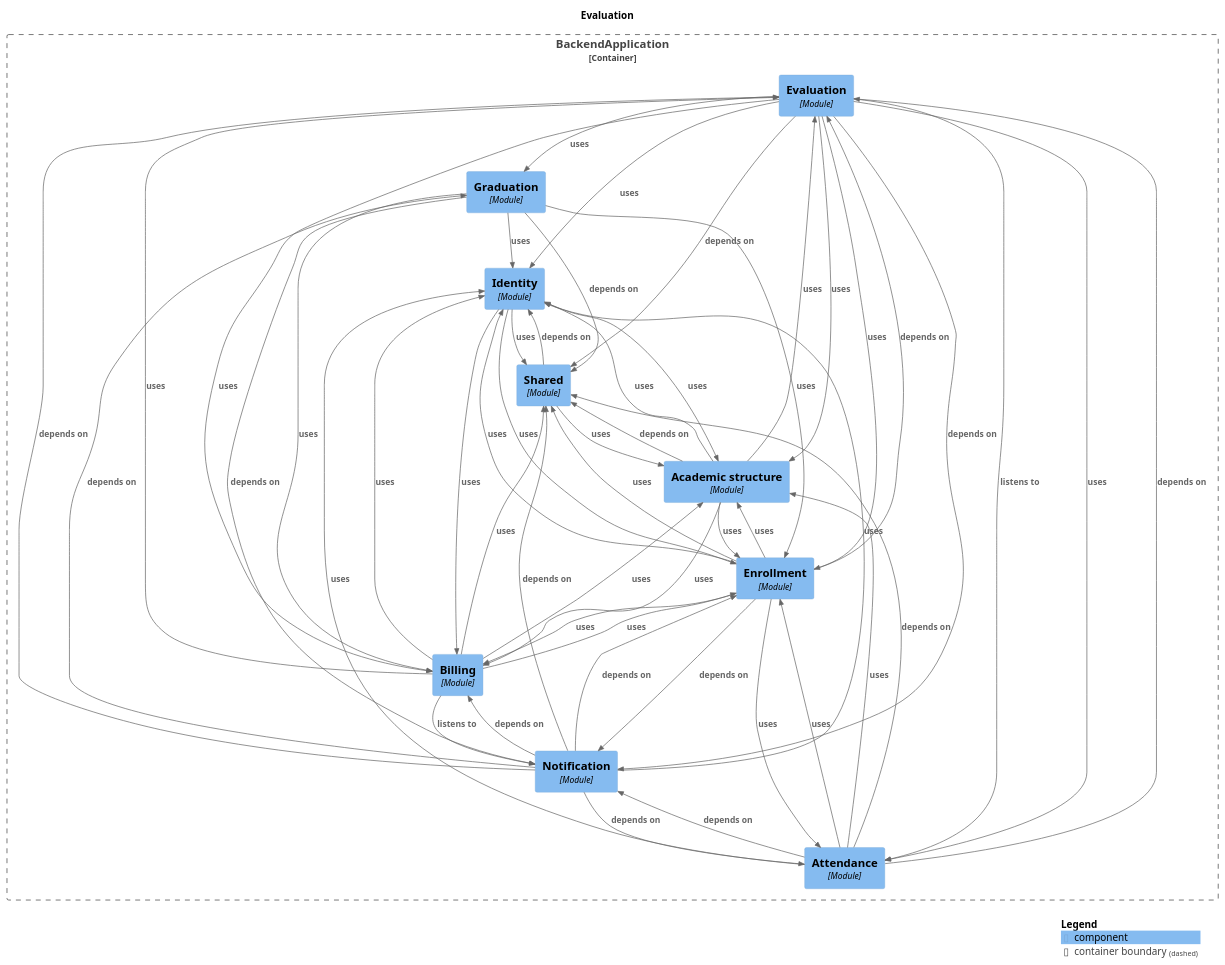
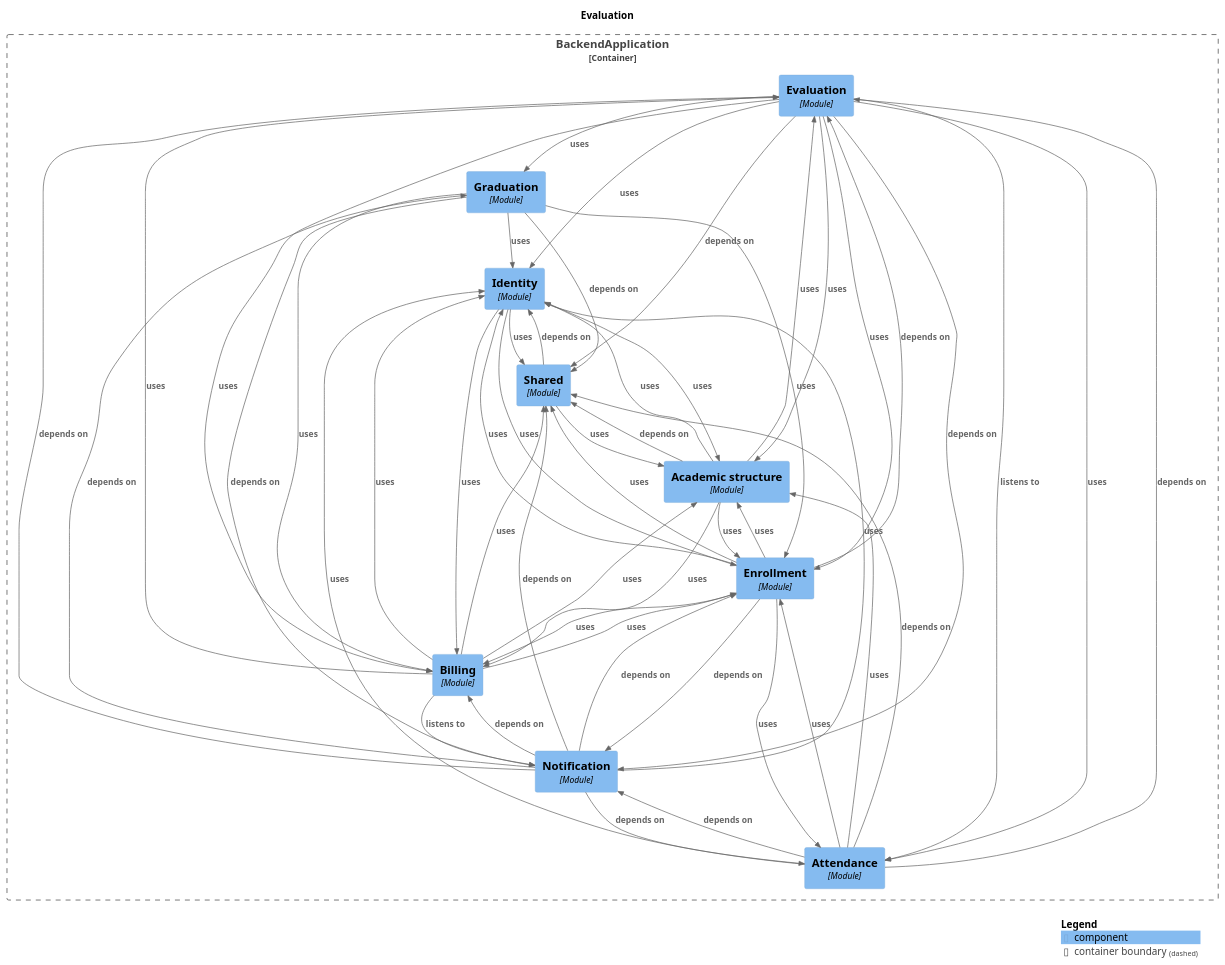
One commit to Gabriel030/agustina-bermejo-app changed the diagram in docs/architecture/module-evaluation.puml. Above: the diagram before and after it, drawn with PlantUML. The commit also changed other lines of this file and 12 other files, not shown here.

```diff
--- a/docs/architecture/module-evaluation.puml
+++ b/docs/architecture/module-evaluation.puml
@@ -1,76 +1,76 @@
 @startuml
 set separator none
 title Evaluation
 
 top to bottom direction
 
 !include <C4/C4>
 !include <C4/C4_Context>
 !include <C4/C4_Component>
 
 Container_Boundary("BackendApplication.BackendApplication_boundary", "BackendApplication", $tags="") {
   Component(BackendApplication.BackendApplication.Evaluation, "Evaluation", $techn="Module", $descr="", $tags="", $link="")
   Component(BackendApplication.BackendApplication.Graduation, "Graduation", $techn="Module", $descr="", $tags="", $link="")
   Component(BackendApplication.BackendApplication.Identity, "Identity", $techn="Module", $descr="", $tags="", $link="")
   Component(BackendApplication.BackendApplication.Notification, "Notification", $techn="Module", $descr="", $tags="", $link="")
   Component(BackendApplication.BackendApplication.Shared, "Shared", $techn="Module", $descr="", $tags="", $link="")
   Component(BackendApplication.BackendApplication.Academicstructure, "Academic structure", $techn="Module", $descr="", $tags="", $link="")
   Component(BackendApplication.BackendApplication.Attendance, "Attendance", $techn="Module", $descr="", $tags="", $link="")
   Component(BackendApplication.BackendApplication.Billing, "Billing", $techn="Module", $descr="", $tags="", $link="")
   Component(BackendApplication.BackendApplication.Enrollment, "Enrollment", $techn="Module", $descr="", $tags="", $link="")
 }
 
+Rel(BackendApplication.BackendApplication.Enrollment, BackendApplication.BackendApplication.Academicstructure, "uses", $techn="", $tags="", $link="")
+Rel(BackendApplication.BackendApplication.Enrollment, BackendApplication.BackendApplication.Attendance, "uses", $techn="", $tags="", $link="")
+Rel(BackendApplication.BackendApplication.Enrollment, BackendApplication.BackendApplication.Shared, "uses", $techn="", $tags="", $link="")
+Rel(BackendApplication.BackendApplication.Graduation, BackendApplication.BackendApplication.Shared, "depends on", $techn="", $tags="", $link="")
+Rel(BackendApplication.BackendApplication.Graduation, BackendApplication.BackendApplication.Notification, "depends on", $techn="", $tags="", $link="")
+Rel(BackendApplication.BackendApplication.Graduation, BackendApplication.BackendApplication.Identity, "uses", $techn="", $tags="", $link="")
+Rel(BackendApplication.BackendApplication.Graduation, BackendApplication.BackendApplication.Enrollment, "uses", $techn="", $tags="", $link="")
+Rel(BackendApplication.BackendApplication.Graduation, BackendApplication.BackendApplication.Billing, "uses", $techn="", $tags="", $link="")
+Rel(BackendApplication.BackendApplication.Academicstructure, BackendApplication.BackendApplication.Shared, "depends on", $techn="", $tags="", $link="")
+Rel(BackendApplication.BackendApplication.Academicstructure, BackendApplication.BackendApplication.Enrollment, "uses", $techn="", $tags="", $link="")
+Rel(BackendApplication.BackendApplication.Academicstructure, BackendApplication.BackendApplication.Billing, "uses", $techn="", $tags="", $link="")
+Rel(BackendApplication.BackendApplication.Academicstructure, BackendApplication.BackendApplication.Identity, "uses", $techn="", $tags="", $link="")
+Rel(BackendApplication.BackendApplication.Academicstructure, BackendApplication.BackendApplication.Evaluation, "uses", $techn="", $tags="", $link="")
+Rel(BackendApplication.BackendApplication.Billing, BackendApplication.BackendApplication.Notification, "listens to", $techn="", $tags="", $link="")
 Rel(BackendApplication.BackendApplication.Billing, BackendApplication.BackendApplication.Identity, "uses", $techn="", $tags="", $link="")
 Rel(BackendApplication.BackendApplication.Billing, BackendApplication.BackendApplication.Enrollment, "uses", $techn="", $tags="", $link="")
 Rel(BackendApplication.BackendApplication.Billing, BackendApplication.BackendApplication.Shared, "uses", $techn="", $tags="", $link="")
 Rel(BackendApplication.BackendApplication.Billing, BackendApplication.BackendApplication.Academicstructure, "uses", $techn="", $tags="", $link="")
 Rel(BackendApplication.BackendApplication.Billing, BackendApplication.BackendApplication.Evaluation, "uses", $techn="", $tags="", $link="")
-Rel(BackendApplication.BackendApplication.Graduation, BackendApplication.BackendApplication.Shared, "depends on", $techn="", $tags="", $link="")
-Rel(BackendApplication.BackendApplication.Graduation, BackendApplication.BackendApplication.Notification, "depends on", $techn="", $tags="", $link="")
-Rel(BackendApplication.BackendApplication.Graduation, BackendApplication.BackendApplication.Identity, "uses", $techn="", $tags="", $link="")
-Rel(BackendApplication.BackendApplication.Graduation, BackendApplication.BackendApplication.Enrollment, "uses", $techn="", $tags="", $link="")
-Rel(BackendApplication.BackendApplication.Graduation, BackendApplication.BackendApplication.Billing, "uses", $techn="", $tags="", $link="")
+Rel(BackendApplication.BackendApplication.Shared, BackendApplication.BackendApplication.Identity, "depends on", $techn="", $tags="", $link="")
+Rel(BackendApplication.BackendApplication.Shared, BackendApplication.BackendApplication.Academicstructure, "uses", $techn="", $tags="", $link="")
 Rel(BackendApplication.BackendApplication.Identity, BackendApplication.BackendApplication.Shared, "uses", $techn="", $tags="", $link="")
 Rel(BackendApplication.BackendApplication.Identity, BackendApplication.BackendApplication.Billing, "uses", $techn="", $tags="", $link="")
 Rel(BackendApplication.BackendApplication.Identity, BackendApplication.BackendApplication.Enrollment, "uses", $techn="", $tags="", $link="")
 Rel(BackendApplication.BackendApplication.Identity, BackendApplication.BackendApplication.Academicstructure, "uses", $techn="", $tags="", $link="")
-Rel(BackendApplication.BackendApplication.Shared, BackendApplication.BackendApplication.Identity, "depends on", $techn="", $tags="", $link="")
-Rel(BackendApplication.BackendApplication.Shared, BackendApplication.BackendApplication.Academicstructure, "uses", $techn="", $tags="", $link="")
+Rel(BackendApplication.BackendApplication.Attendance, BackendApplication.BackendApplication.Shared, "depends on", $techn="", $tags="", $link="")
+Rel(BackendApplication.BackendApplication.Attendance, BackendApplication.BackendApplication.Evaluation, "depends on", $techn="", $tags="", $link="")
+Rel(BackendApplication.BackendApplication.Attendance, BackendApplication.BackendApplication.Notification, "depends on", $techn="", $tags="", $link="")
+Rel(BackendApplication.BackendApplication.Attendance, BackendApplication.BackendApplication.Academicstructure, "uses", $techn="", $tags="", $link="")
+Rel(BackendApplication.BackendApplication.Attendance, BackendApplication.BackendApplication.Enrollment, "uses", $techn="", $tags="", $link="")
+Rel(BackendApplication.BackendApplication.Attendance, BackendApplication.BackendApplication.Identity, "uses", $techn="", $tags="", $link="")
 Rel(BackendApplication.BackendApplication.Evaluation, BackendApplication.BackendApplication.Attendance, "listens to", $techn="", $tags="", $link="")
 Rel(BackendApplication.BackendApplication.Evaluation, BackendApplication.BackendApplication.Shared, "depends on", $techn="", $tags="", $link="")
 Rel(BackendApplication.BackendApplication.Evaluation, BackendApplication.BackendApplication.Notification, "depends on", $techn="", $tags="", $link="")
 Rel(BackendApplication.BackendApplication.Evaluation, BackendApplication.BackendApplication.Academicstructure, "uses", $techn="", $tags="", $link="")
 Rel(BackendApplication.BackendApplication.Evaluation, BackendApplication.BackendApplication.Identity, "uses", $techn="", $tags="", $link="")
 Rel(BackendApplication.BackendApplication.Evaluation, BackendApplication.BackendApplication.Enrollment, "uses", $techn="", $tags="", $link="")
 Rel(BackendApplication.BackendApplication.Evaluation, BackendApplication.BackendApplication.Attendance, "uses", $techn="", $tags="", $link="")
 Rel(BackendApplication.BackendApplication.Evaluation, BackendApplication.BackendApplication.Billing, "uses", $techn="", $tags="", $link="")
 Rel(BackendApplication.BackendApplication.Evaluation, BackendApplication.BackendApplication.Graduation, "uses", $techn="", $tags="", $link="")
-Rel(BackendApplication.BackendApplication.Enrollment, BackendApplication.BackendApplication.Evaluation, "depends on", $techn="", $tags="", $link="")
-Rel(BackendApplication.BackendApplication.Enrollment, BackendApplication.BackendApplication.Notification, "depends on", $techn="", $tags="", $link="")
-Rel(BackendApplication.BackendApplication.Enrollment, BackendApplication.BackendApplication.Billing, "uses", $techn="", $tags="", $link="")
-Rel(BackendApplication.BackendApplication.Enrollment, BackendApplication.BackendApplication.Identity, "uses", $techn="", $tags="", $link="")
-Rel(BackendApplication.BackendApplication.Enrollment, BackendApplication.BackendApplication.Academicstructure, "uses", $techn="", $tags="", $link="")
-Rel(BackendApplication.BackendApplication.Enrollment, BackendApplication.BackendApplication.Attendance, "uses", $techn="", $tags="", $link="")
-Rel(BackendApplication.BackendApplication.Enrollment, BackendApplication.BackendApplication.Shared, "uses", $techn="", $tags="", $link="")
 Rel(BackendApplication.BackendApplication.Notification, BackendApplication.BackendApplication.Attendance, "depends on", $techn="", $tags="", $link="")
 Rel(BackendApplication.BackendApplication.Notification, BackendApplication.BackendApplication.Enrollment, "depends on", $techn="", $tags="", $link="")
 Rel(BackendApplication.BackendApplication.Notification, BackendApplication.BackendApplication.Graduation, "depends on", $techn="", $tags="", $link="")
 Rel(BackendApplication.BackendApplication.Notification, BackendApplication.BackendApplication.Billing, "depends on", $techn="", $tags="", $link="")
 Rel(BackendApplication.BackendApplication.Notification, BackendApplication.BackendApplication.Evaluation, "depends on", $techn="", $tags="", $link="")
 Rel(BackendApplication.BackendApplication.Notification, BackendApplication.BackendApplication.Shared, "depends on", $techn="", $tags="", $link="")
 Rel(BackendApplication.BackendApplication.Notification, BackendApplication.BackendApplication.Identity, "uses", $techn="", $tags="", $link="")
-Rel(BackendApplication.BackendApplication.Attendance, BackendApplication.BackendApplication.Shared, "depends on", $techn="", $tags="", $link="")
-Rel(BackendApplication.BackendApplication.Attendance, BackendApplication.BackendApplication.Evaluation, "depends on", $techn="", $tags="", $link="")
-Rel(BackendApplication.BackendApplication.Attendance, BackendApplication.BackendApplication.Notification, "depends on", $techn="", $tags="", $link="")
-Rel(BackendApplication.BackendApplication.Attendance, BackendApplication.BackendApplication.Academicstructure, "uses", $techn="", $tags="", $link="")
-Rel(BackendApplication.BackendApplication.Attendance, BackendApplication.BackendApplication.Enrollment, "uses", $techn="", $tags="", $link="")
-Rel(BackendApplication.BackendApplication.Attendance, BackendApplication.BackendApplication.Identity, "uses", $techn="", $tags="", $link="")
-Rel(BackendApplication.BackendApplication.Academicstructure, BackendApplication.BackendApplication.Shared, "depends on", $techn="", $tags="", $link="")
-Rel(BackendApplication.BackendApplication.Academicstructure, BackendApplication.BackendApplication.Enrollment, "uses", $techn="", $tags="", $link="")
-Rel(BackendApplication.BackendApplication.Academicstructure, BackendApplication.BackendApplication.Billing, "uses", $techn="", $tags="", $link="")
-Rel(BackendApplication.BackendApplication.Academicstructure, BackendApplication.BackendApplication.Identity, "uses", $techn="", $tags="", $link="")
-Rel(BackendApplication.BackendApplication.Academicstructure, BackendApplication.BackendApplication.Evaluation, "uses", $techn="", $tags="", $link="")
-Rel(BackendApplication.BackendApplication.Billing, BackendApplication.BackendApplication.Notification, "listens to", $techn="", $tags="", $link="")
+Rel(BackendApplication.BackendApplication.Enrollment, BackendApplication.BackendApplication.Evaluation, "depends on", $techn="", $tags="", $link="")
+Rel(BackendApplication.BackendApplication.Enrollment, BackendApplication.BackendApplication.Notification, "depends on", $techn="", $tags="", $link="")
+Rel(BackendApplication.BackendApplication.Enrollment, BackendApplication.BackendApplication.Billing, "uses", $techn="", $tags="", $link="")
+Rel(BackendApplication.BackendApplication.Enrollment, BackendApplication.BackendApplication.Identity, "uses", $techn="", $tags="", $link="")
 
 SHOW_LEGEND(true)
 @enduml
```
